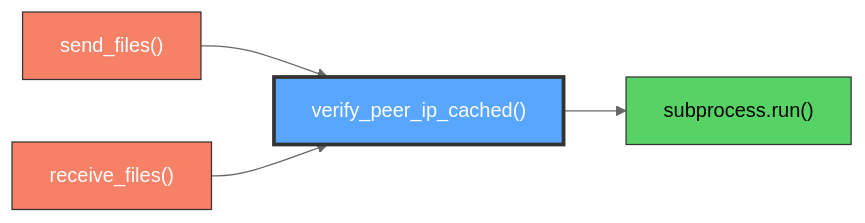
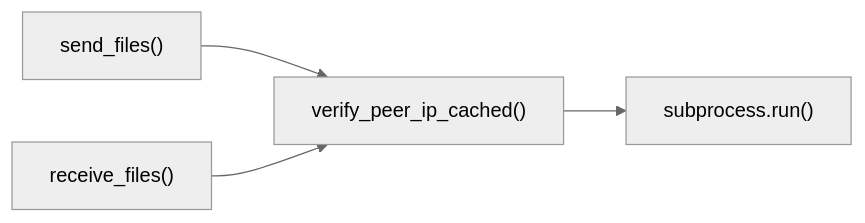
One commit to proudsunburn/ftransfer changed the diagram in docs/verify_peer_ip_cached.md. Above: the diagram before and after it, drawn with Mermaid (neutral theme). The commit also changed 23 other files, not shown here.

Commit message:
MINOR: Remove colors from mermaid for easy light/dark mode switching

````diff
--- a/docs/verify_peer_ip_cached.md
+++ b/docs/verify_peer_ip_cached.md
@@ -11,15 +11,11 @@
 ```mermaid
 graph LR
-    send_files["send_files()"]:::red
-    receive_files["receive_files()"]:::red
-    verify_peer_ip_cached["verify_peer_ip_cached()"]:::highlight
-    subprocess_run["subprocess.run()"]:::green
+    send_files["send_files()"]
+    receive_files["receive_files()"]
+    verify_peer_ip_cached["verify_peer_ip_cached()"]
+    subprocess_run["subprocess.run()"]
 
     send_files --> verify_peer_ip_cached
     receive_files --> verify_peer_ip_cached
     verify_peer_ip_cached --> subprocess_run
-
-    classDef red fill:#f78166,stroke:#333,color:#fff
-    classDef highlight fill:#58a6ff,stroke:#333,color:#fff,stroke-width:3px
-    classDef green fill:#56d364,stroke:#333,color:#000
 ```
````
